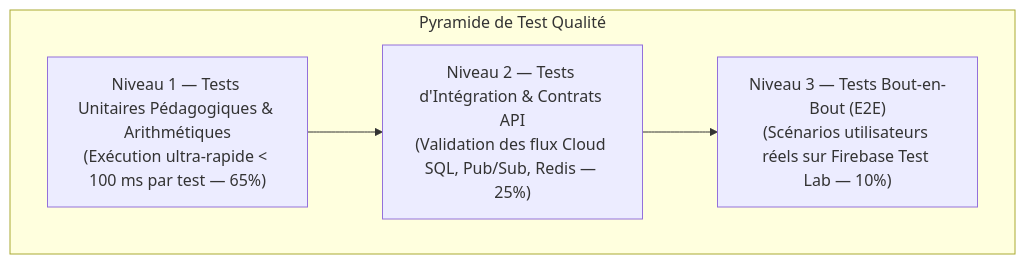
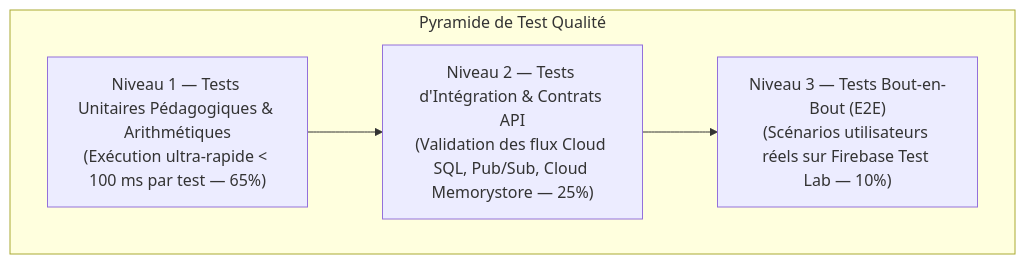
One commit to Adolphechris/clenel-elysium changed the diagram in tome-13/239/README.md. Above: the diagram before and after it, drawn with Mermaid. The commit also changed 39 other files, not shown here.

````diff
--- a/tome-13/239/README.md
+++ b/tome-13/239/README.md
@@ -17,10 +17,10 @@
 ```mermaid
 graph TD
     subgraph "Pyramide de Test Qualité"
         E2E["Niveau 3 — Tests Bout-en-Bout (E2E)<br/>(Scénarios utilisateurs réels sur Firebase Test Lab — 10%)"]
-        INT["Niveau 2 — Tests d'Intégration & Contrats API<br/>(Validation des flux Cloud SQL, Pub/Sub, Redis — 25%)"]
+        INT["Niveau 2 — Tests d'Intégration & Contrats API<br/>(Validation des flux Cloud SQL, Pub/Sub, Cloud Memorystore — 25%)"]
         UNIT["Niveau 1 — Tests Unitaires Pédagogiques & Arithmétiques<br/>(Exécution ultra-rapide < 100 ms par test — 65%)"]
     end
 
     UNIT --> INT --> E2E
 ```
````
